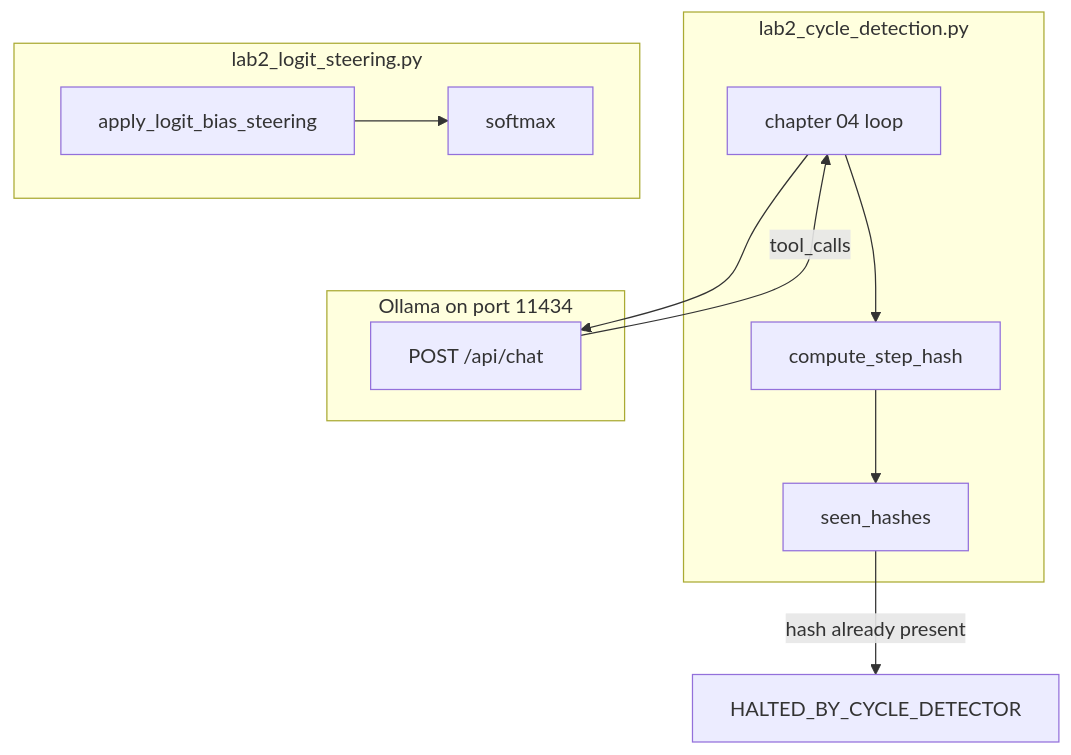
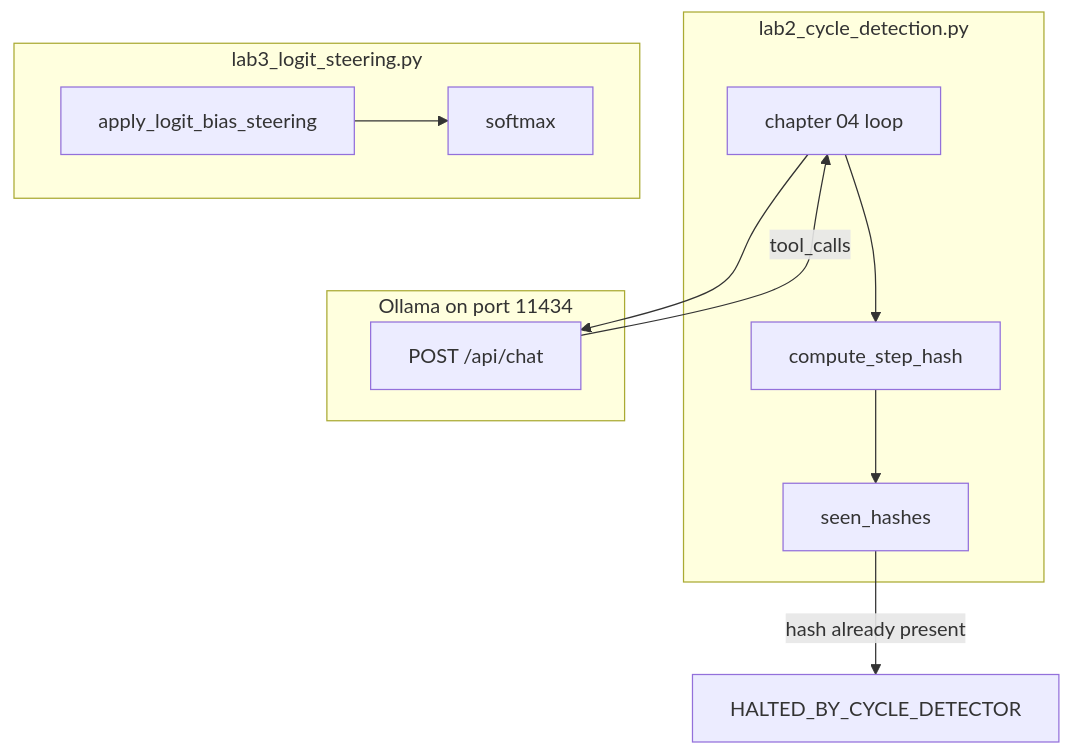
Before and after one commit to jacobbweber/AgenticAI-Labs: the diagram in education/12_reliability/01_cycle_and_steering.md, drawn with Mermaid. The commit also changed other lines of this file and 1 other file, not shown here.

Commit message:
Update chapter 12 module Lab links after renumber

````diff
--- a/education/12_reliability/01_cycle_and_steering.md
+++ b/education/12_reliability/01_cycle_and_steering.md
@@ -39,21 +39,21 @@
 ```mermaid
 flowchart TD
     subgraph cycle_lab [lab2_cycle_detection.py]
         LOOP["chapter 04 loop"]
         HASH["compute_step_hash"]
         SEEN["seen_hashes"]
     end
     subgraph cycle_host [Ollama on port 11434]
         CHAT["POST /api/chat"]
     end
-    subgraph steer_lab [lab2_logit_steering.py]
+    subgraph steer_lab [lab3_logit_steering.py]
         BIAS["apply_logit_bias_steering"]
         SOFT["softmax"]
     end
     LOOP --> CHAT
     CHAT -->|"tool_calls"| LOOP
     LOOP --> HASH
     HASH --> SEEN
     SEEN -->|"hash already present"| STOP["HALTED_BY_CYCLE_DETECTOR"]
     BIAS --> SOFT
 ```
````
